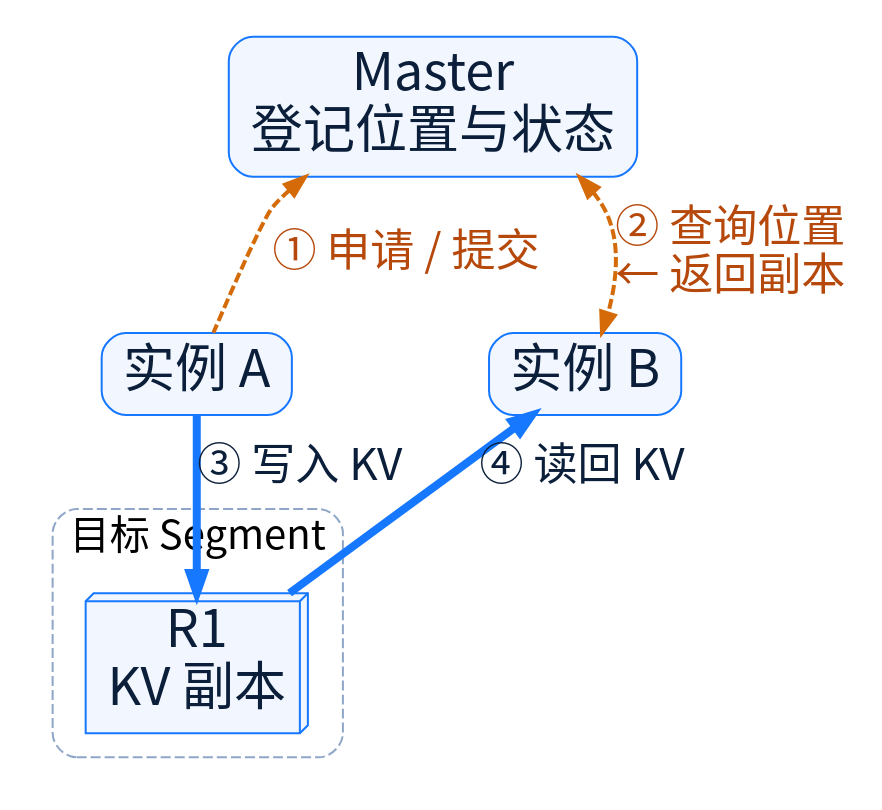
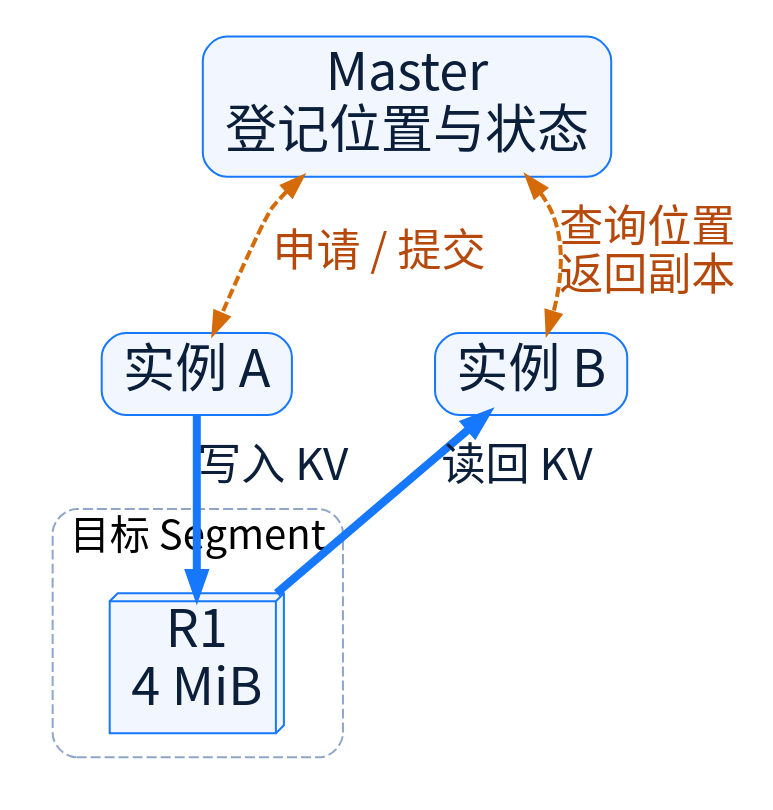
Before and after one commit to Hansyangxingxiang/Mooncake: the diagram in mooncake-kv-cache-series/wechat/figures/01-shared-kv-cache-fig1.dot, drawn with Graphviz. The commit also changed 12 other files, not shown here.

```diff
--- a/mooncake-kv-cache-series/wechat/figures/01-shared-kv-cache-fig1.dot
+++ b/mooncake-kv-cache-series/wechat/figures/01-shared-kv-cache-fig1.dot
@@ -1,30 +1,30 @@
 digraph G {
   graph [rankdir=TB, bgcolor="white", pad=0.15, nodesep=0.35, ranksep=0.42,
          fontname="Noto Sans CJK SC"];
   node [shape=box, style="rounded,filled", fillcolor="#F2F7FF", color="#1677FF",
         fontcolor="#0B1F3A", fontname="Noto Sans CJK SC", fontsize=26,
         margin="0.14,0.09"];
   edge [fontname="Noto Sans CJK SC", fontsize=22, color="#D46B08",
         fontcolor="#B5480A", penwidth=2, style=dashed, arrowsize=1.0];
 
   M  [label="Master\n登记位置与状态"];
   A  [label="实例 A"];
   B  [label="实例 B"];
   subgraph cluster_seg {
     label="目标 Segment";
     fontname="Noto Sans CJK SC"; fontsize=20; color="#8FA6C8";
     style="rounded,dashed"; margin=12;
-    R1 [label="R1\nKV 副本", shape=box3d];
+    R1 [label="R1\n4 MiB", shape=box3d];
   }
 
   M -> A [style=invis, weight=10];
   M -> B [style=invis, weight=10];
   { rank=same; A; B; }
 
-  M -> A  [dir=back, label="① 申请 / 提交"];
-  M -> B  [dir=both, label="② 查询位置\n← 返回副本"];
-  A -> R1 [label="③ 写入 KV", style=bold, color="#1677FF",
+  M -> A  [dir=both, label="申请 / 提交"];
+  M -> B  [dir=both, label="查询位置\n返回副本"];
+  A -> R1 [label="写入 KV", style=bold, color="#1677FF",
            fontcolor="#0B1F3A", penwidth=4];
-  R1 -> B [label="④ 读回 KV", constraint=false, style=bold,
+  R1 -> B [label="读回 KV", constraint=false, style=bold,
            color="#1677FF", fontcolor="#0B1F3A", penwidth=4];
 }
```
